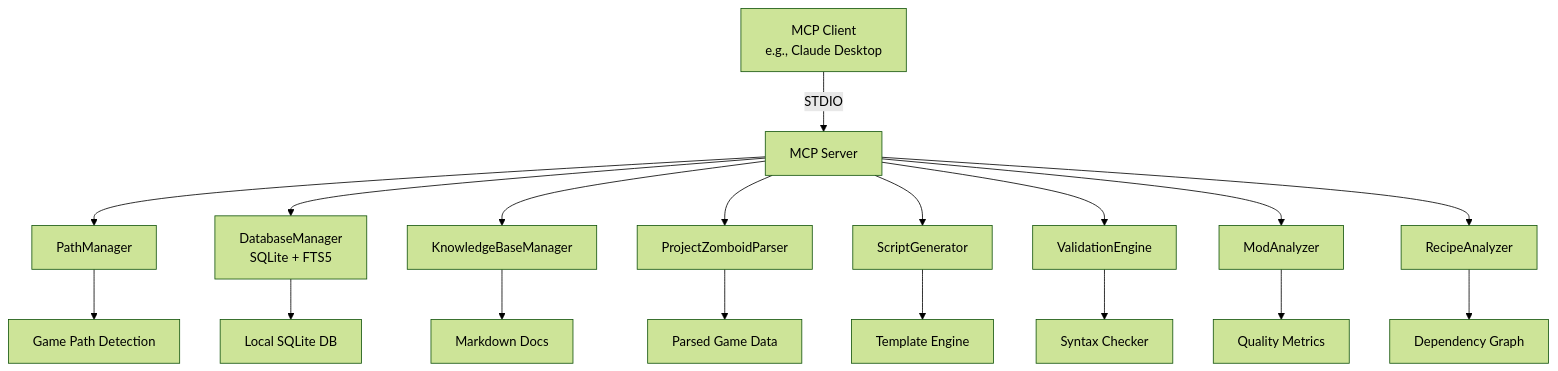
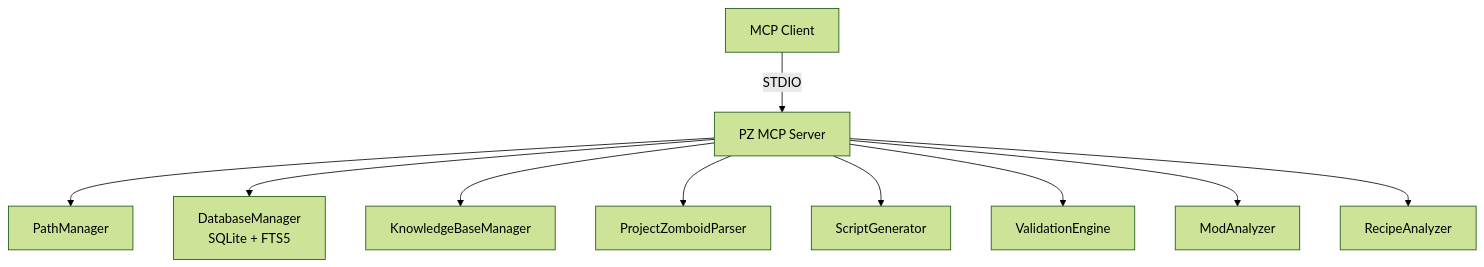
The diagram in README.md (shakoorpour1991-sketch/pz-mcp-server), drawn with Mermaid (forest theme) before and after one commit. The commit also changed other lines of this file and 1 other file, not shown here.

````diff
--- a/README.md
+++ b/README.md
@@ -166,22 +113,12 @@
 ```mermaid
 graph TD
-    A[MCP Client<br/>e.g., Claude Desktop] -->|STDIO| B[MCP Server]
-    
+    A[MCP Client] -->|STDIO| B[PZ MCP Server]
     B --> C[PathManager]
     B --> D[DatabaseManager<br/>SQLite + FTS5]
     B --> E[KnowledgeBaseManager]
     B --> F[ProjectZomboidParser]
     B --> G[ScriptGenerator]
     B --> H[ValidationEngine]
     B --> I[ModAnalyzer]
     B --> J[RecipeAnalyzer]
-    
-    C --> K[Game Path Detection]
-    D --> L[Local SQLite DB]
-    E --> M[Markdown Docs]
-    F --> N[Parsed Game Data]
-    G --> O[Template Engine]
-    H --> P[Syntax Checker]
-    I --> Q[Quality Metrics]
-    J --> R[Dependency Graph]
 ```
````
